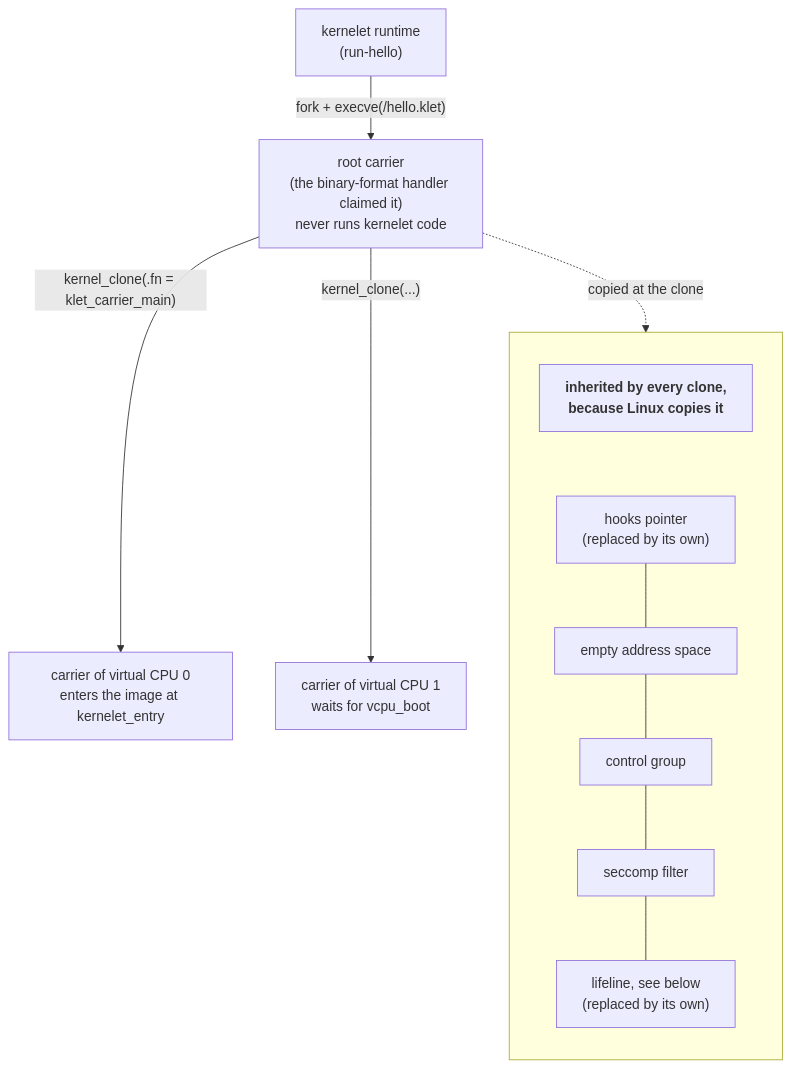
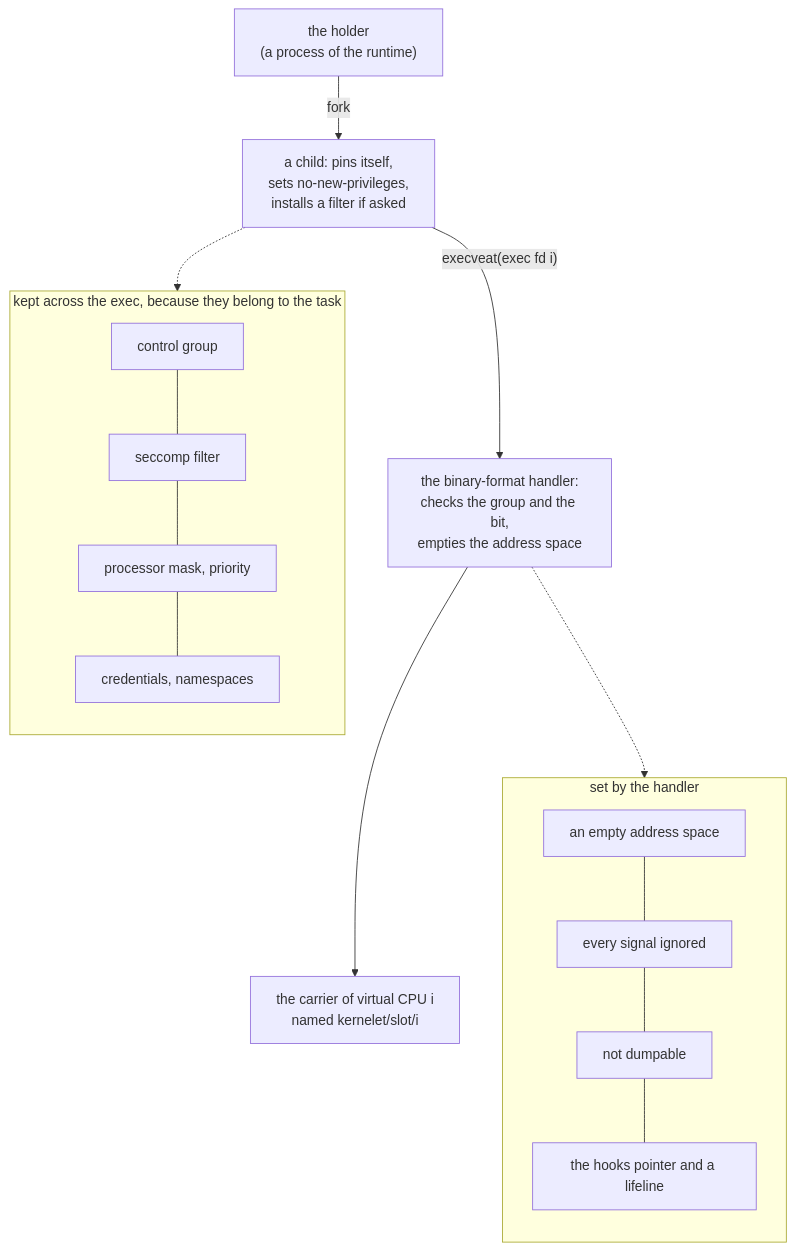
Before and after one commit to Plucky923/kernelet: the diagram in src/carriers.md, drawn with Mermaid. The commit also changed other lines of this file and 9 other files, not shown here.

````diff
--- a/src/carriers.md
+++ b/src/carriers.md
@@ -131,12 +83,16 @@
 ```mermaid
 flowchart TB
-    rt["kernelet runtime<br/>(run-hello)"] -- "fork + execve(/hello.klet)" --> root["root carrier<br/>(the binary-format handler claimed it)<br/>never runs kernelet code"]
-    root -- "kernel_clone(.fn = klet_carrier_main)" --> v0["carrier of virtual CPU 0<br/>enters the image at kernelet_entry"]
-    root -- "kernel_clone(...)" --> v1["carrier of virtual CPU 1<br/>waits for vcpu_boot"]
-    subgraph inherited[" "]
+    h["the holder<br/>(a process of the runtime)"] -- "fork" --> ch["a child: pins itself,<br/>sets no-new-privileges,<br/>installs a filter if asked"]
+    ch -- "execveat(exec fd i)" --> hd["the binary-format handler:<br/>checks the group and the bit,<br/>empties the address space"]
+    hd --> c["the carrier of virtual CPU i<br/>named kernelet/slot/i"]
+    subgraph kept["kept across the exec, because they belong to the task"]
         direction TB
-        i0["<b>inherited by every clone,<br/>because Linux copies it</b>"] ~~~ i1["hooks pointer<br/>(replaced by its own)"] --- i2[empty address space] --- i3[control group]
-        i3 --- i4[seccomp filter] --- i5["lifeline, see below<br/>(replaced by its own)"]
+        k1[control group] --- k2[seccomp filter] --- k3[processor mask, priority] --- k4[credentials, namespaces]
     end
-    root -. "copied at the clone" .-> inherited
+    subgraph set["set by the handler"]
+        direction TB
+        s1["an empty address space"] --- s2["every signal ignored"] --- s3["not dumpable"] --- s4["the hooks pointer and a lifeline"]
+    end
+    ch -.-> kept
+    hd -.-> set
 ```
````
